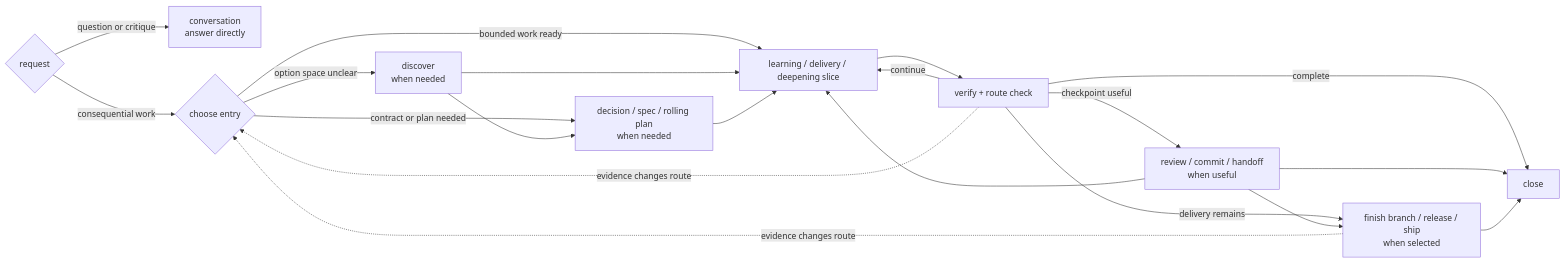
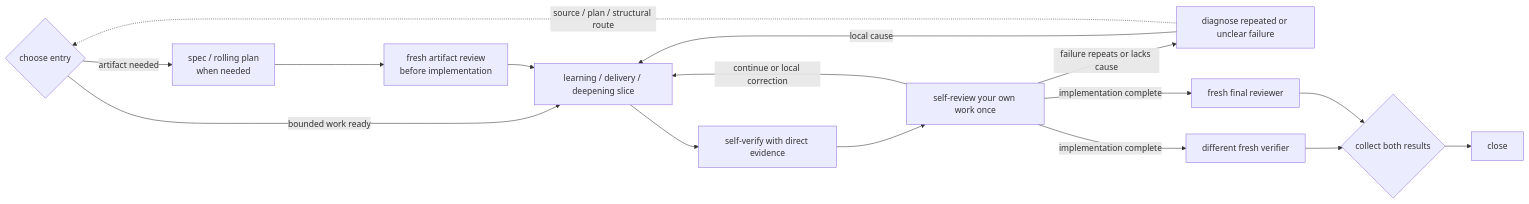
Before and after one commit to hassan-mohiddin/freeflow: the diagram in plugin-docs/workflow.md, drawn with Mermaid. The commit also changed other lines of this file and 40 other files, not shown here.

````diff
--- a/plugin-docs/workflow.md
+++ b/plugin-docs/workflow.md
@@ -27,33 +27,30 @@
 ```mermaid
 flowchart LR
-  Request{request}
-  Talk[conversation<br/>answer directly]
   Entry{choose entry}
-  Discover[discover<br/>when needed]
-  Durable[decision / spec / rolling plan<br/>when needed]
+  Durable[spec / rolling plan<br/>when needed]
+  ArtifactReview[fresh artifact review<br/>before implementation]
   Slice[learning / delivery / deepening slice]
-  Verify[verify + route check]
-  Formal[review / commit / handoff<br/>when useful]
-  Delivery[finish branch / release / ship<br/>when selected]
+  Verify[self-verify with direct evidence]
+  Self[self-review your own work once]
+  Diagnose[diagnose repeated or unclear failure]
+  FinalReview[fresh final reviewer]
+  FinalVerifier[different fresh verifier]
+  FinalGate{collect both results}
   Done[close]
 
-  Request -->|question or critique| Talk
-  Request -->|consequential work| Entry
-  Entry -->|option space unclear| Discover
-  Entry -->|contract or plan needed| Durable
+  Entry -->|artifact needed| Durable
   Entry -->|bounded work ready| Slice
-  Discover --> Durable
-  Discover --> Slice
-  Durable --> Slice
+  Durable --> ArtifactReview
+  ArtifactReview --> Slice
   Slice --> Verify
-  Verify -->|continue| Slice
-  Verify -->|checkpoint useful| Formal
-  Verify -->|delivery remains| Delivery
-  Verify -->|complete| Done
-  Formal --> Slice
-  Formal --> Delivery
-  Formal --> Done
-  Delivery --> Done
-  Verify -. evidence changes route .-> Entry
-  Delivery -. evidence changes route .-> Entry
+  Verify --> Self
+  Self -->|continue or local correction| Slice
+  Self -->|failure repeats or lacks cause| Diagnose
+  Diagnose -->|local cause| Slice
+  Diagnose -. source / plan / structural route .-> Entry
+  Self -->|implementation complete| FinalVerifier
+  Self -->|implementation complete| FinalReview
+  FinalVerifier --> FinalGate
+  FinalReview --> FinalGate
+  FinalGate --> Done
 ```
````
